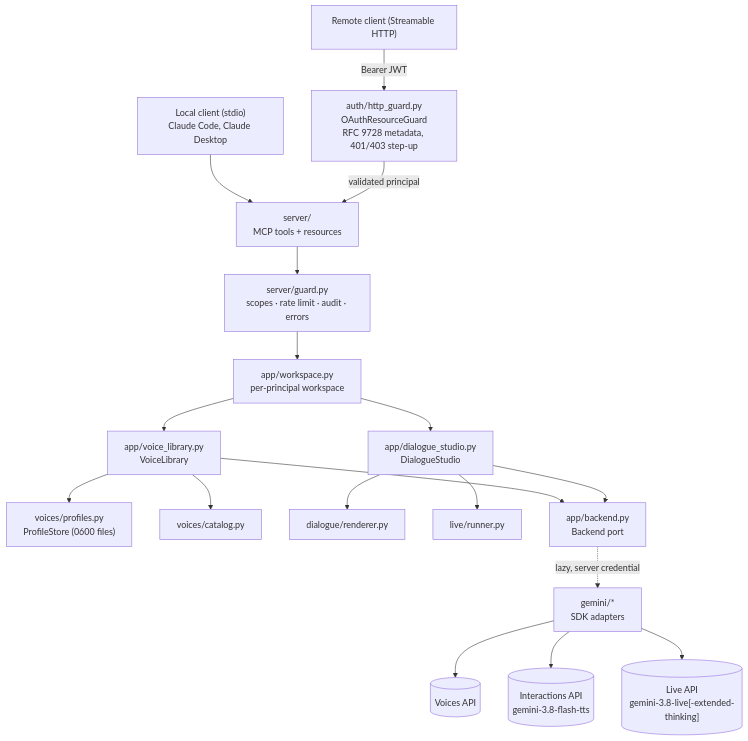
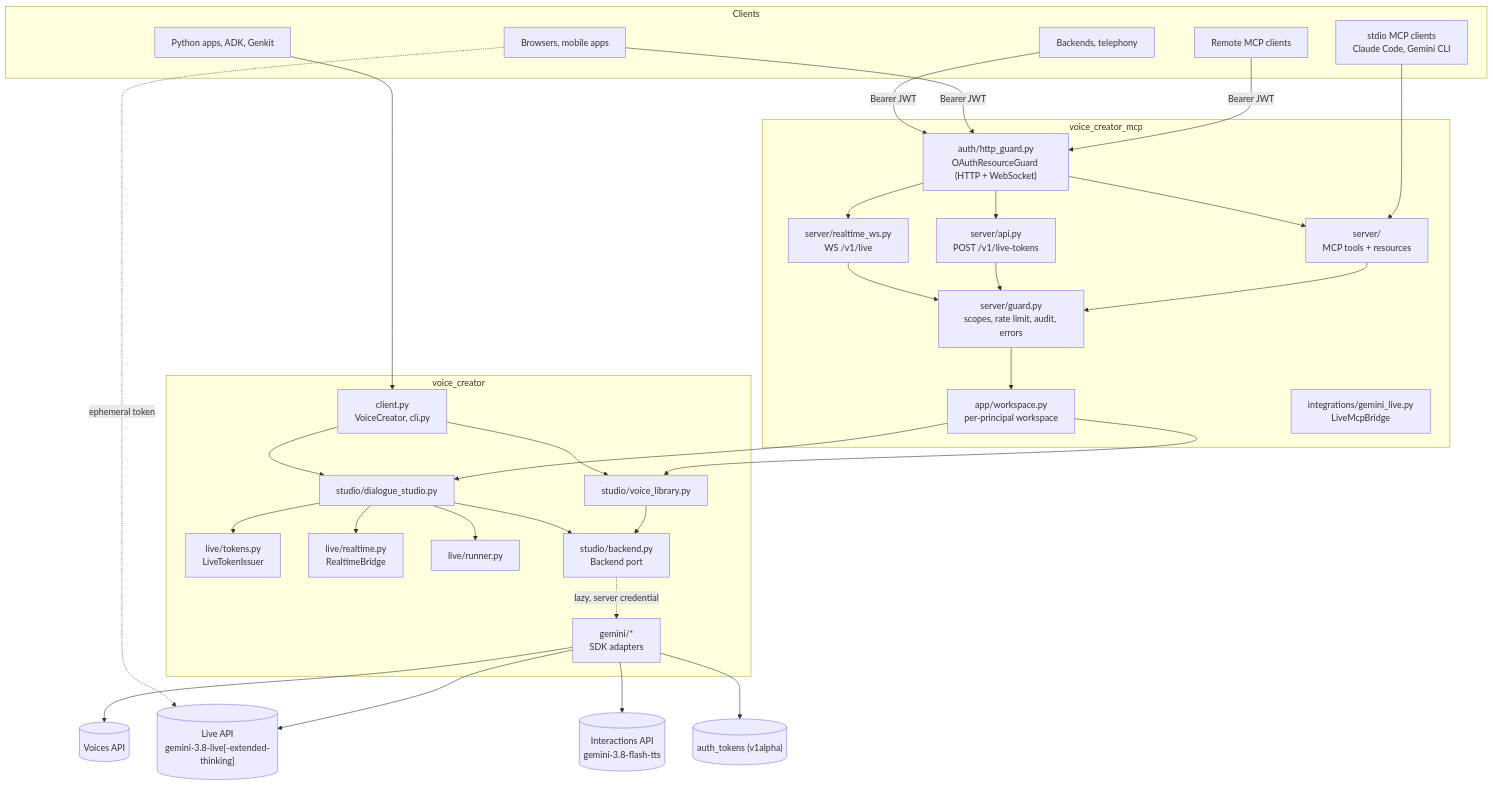
The first of 6 diagrams in docs/architecture.md (EmmanuelRTM/google-voice-creator), drawn with Mermaid before and after one commit. The commit also changed other lines of this file and 6 other files, not shown here.

````diff
--- a/docs/architecture.md
+++ b/docs/architecture.md
@@ -7,19 +15,43 @@
 ```mermaid
 flowchart TD
-    Local["Local client (stdio)<br/>Claude Code, Claude Desktop"] --> Server
-    Remote["Remote client (Streamable HTTP)"] -->|Bearer JWT| Guard["auth/http_guard.py<br/>OAuthResourceGuard<br/>RFC 9728 metadata, 401/403 step-up"]
-    Guard -->|validated principal| Server["server/<br/>MCP tools + resources"]
-    Server --> ToolGuard["server/guard.py<br/>scopes · rate limit · audit · errors"]
-    ToolGuard --> Workspaces["app/workspace.py<br/>per-principal workspace"]
-    Workspaces --> Library["app/voice_library.py<br/>VoiceLibrary"]
-    Workspaces --> Studio["app/dialogue_studio.py<br/>DialogueStudio"]
-    Library --> Profiles["voices/profiles.py<br/>ProfileStore (0600 files)"]
-    Library --> Catalog["voices/catalog.py"]
-    Studio --> Renderer["dialogue/renderer.py"]
-    Studio --> Runner["live/runner.py"]
-    Library & Studio --> Backend["app/backend.py<br/>Backend port"]
-    Backend -.lazy, server credential.-> Gemini["gemini/*<br/>SDK adapters"]
-    Gemini --> Voices[("Voices API")]
-    Gemini --> TTS[("Interactions API<br/>gemini-3.8-flash-tts")]
-    Gemini --> Live[("Live API<br/>gemini-3.8-live[-extended-thinking]")]
+    subgraph clients[Clients]
+        Local["stdio MCP clients<br/>Claude Code, Gemini CLI"]
+        Remote["Remote MCP clients"]
+        Browser["Browsers, mobile apps"]
+        Backend2["Backends, telephony"]
+        Py["Python apps, ADK, Genkit"]
+    end
+    subgraph mcp[voice_creator_mcp]
+        Guard["auth/http_guard.py<br/>OAuthResourceGuard (HTTP + WebSocket)"]
+        Server["server/<br/>MCP tools + resources"]
+        Api["server/api.py<br/>POST /v1/live-tokens"]
+        Ws["server/realtime_ws.py<br/>WS /v1/live"]
+        ToolGuard["server/guard.py<br/>scopes, rate limit, audit, errors"]
+        Workspaces["app/workspace.py<br/>per-principal workspace"]
+        Bridge["integrations/gemini_live.py<br/>LiveMcpBridge"]
+    end
+    subgraph core[voice_creator]
+        Facade["client.py<br/>VoiceCreator, cli.py"]
+        Library["studio/voice_library.py"]
+        Studio["studio/dialogue_studio.py"]
+        Tokens["live/tokens.py<br/>LiveTokenIssuer"]
+        Relay["live/realtime.py<br/>RealtimeBridge"]
+        Runner["live/runner.py"]
+        Port["studio/backend.py<br/>Backend port"]
+        Adapters["gemini/*<br/>SDK adapters"]
+    end
+    Local --> Server
+    Remote -->|Bearer JWT| Guard --> Server
+    Browser -->|Bearer JWT| Guard --> Api
+    Backend2 -->|Bearer JWT| Guard --> Ws
+    Py --> Facade
+    Server & Api & Ws --> ToolGuard --> Workspaces --> Library & Studio
+    Facade --> Library & Studio
+    Studio --> Tokens & Relay & Runner
+    Library & Studio --> Port -.lazy, server credential.-> Adapters
+    Adapters --> Voices[("Voices API")]
+    Adapters --> TTS[("Interactions API<br/>gemini-3.8-flash-tts")]
+    Adapters --> Live[("Live API<br/>gemini-3.8-live[-extended-thinking]")]
+    Adapters --> AuthTokens[("auth_tokens (v1alpha)")]
+    Browser -.ephemeral token.-> Live
 ```
````
